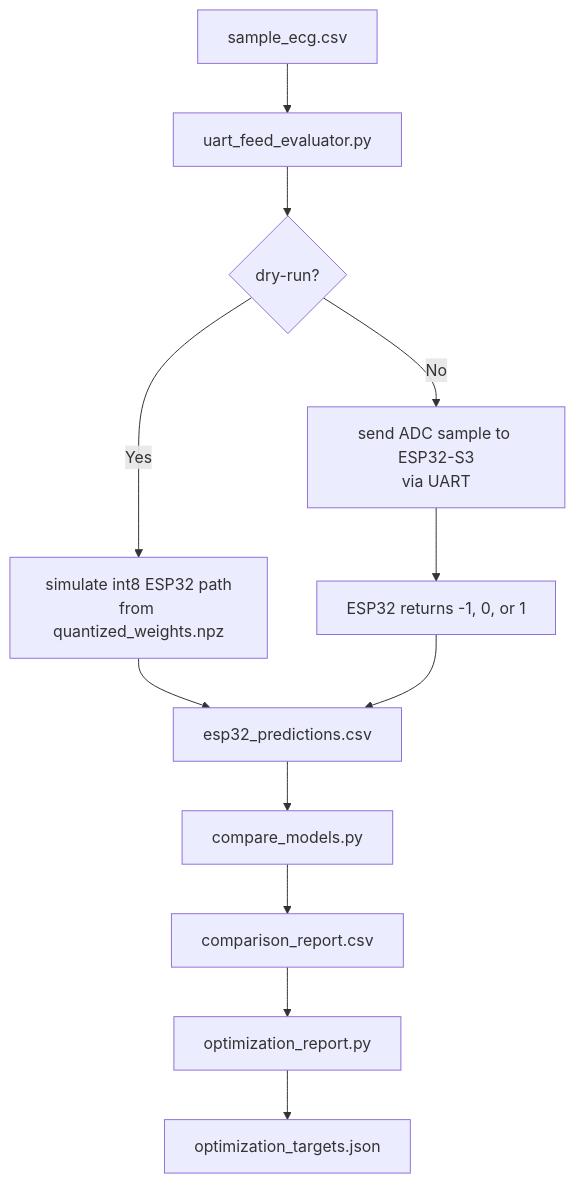
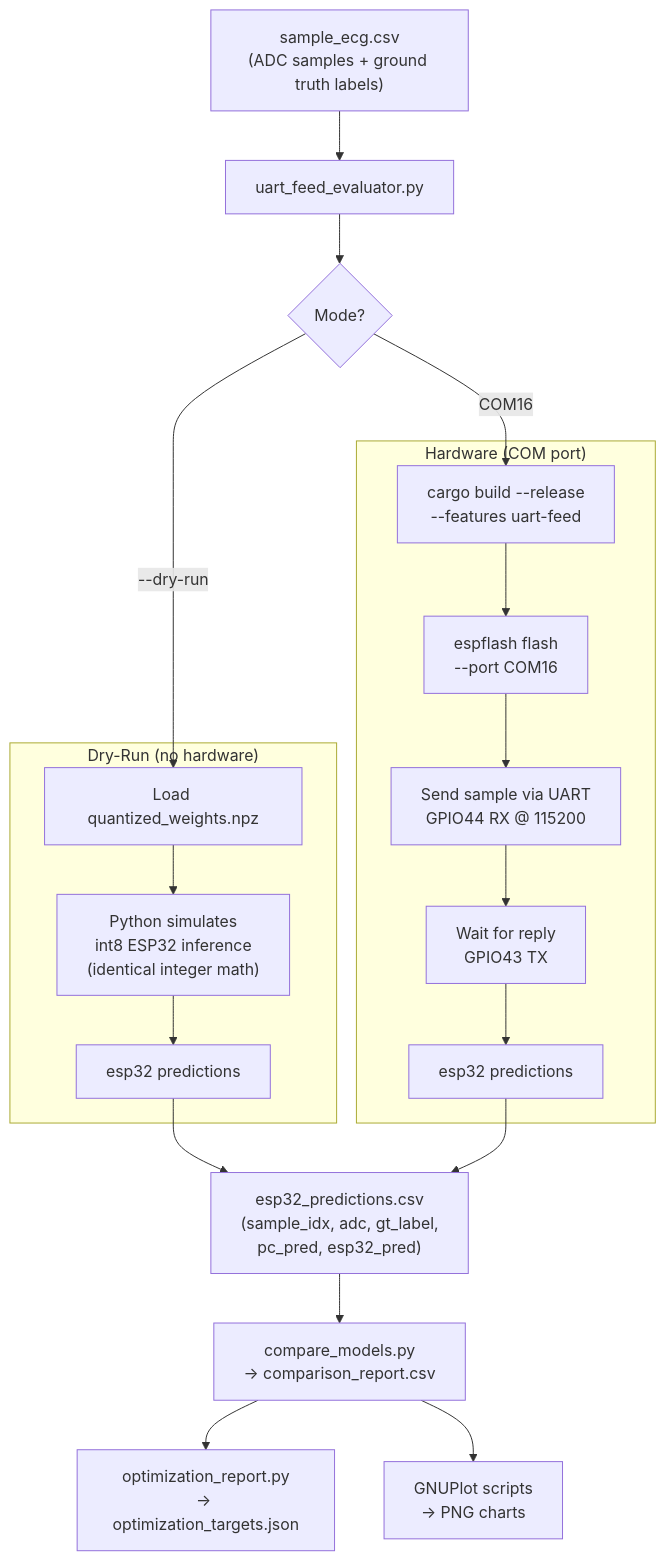
One commit to Adji-SP/RT-QTinyECG-ESP32-Rust changed the fifth of 10 diagrams in Product/docs/flowchart.md. Above: the diagram before and after it, drawn with Mermaid. The commit also changed other lines of this file and 9 other files, not shown here.

````diff
--- a/Product/docs/flowchart.md
+++ b/Product/docs/flowchart.md
@@ -54,14 +162,32 @@
 ```mermaid
 flowchart TD
-    A["sample_ecg.csv"] --> B["uart_feed_evaluator.py"]
-    B --> C{"dry-run?"}
-    C -->|"Yes"| D["simulate int8 ESP32 path\nfrom quantized_weights.npz"]
-    C -->|"No"| E["send ADC sample to ESP32-S3\nvia UART"]
-    E --> F["ESP32 returns -1, 0, or 1"]
-    D --> G["esp32_predictions.csv"]
-    F --> G
-    G --> H["compare_models.py"]
-    H --> I["comparison_report.csv"]
-    I --> J["optimization_report.py"]
-    J --> K["optimization_targets.json"]
+    CSV["sample_ecg.csv\n(ADC samples + ground truth labels)"]
+    EVAL["uart_feed_evaluator.py"]
+    MODE{"Mode?"}
+
+    subgraph DRY["Dry-Run (no hardware)"]
+        DR1["Load quantized_weights.npz"]
+        DR2["Python simulates\nint8 ESP32 inference\n(identical integer math)"]
+        DR3["esp32 predictions"]
+    end
+
+    subgraph HW["Hardware (COM port)"]
+        HW1["cargo build --release\n--features uart-feed"]
+        HW2["espflash flash\n--port COM16"]
+        HW3["Send sample via UART\nGPIO44 RX @ 115200"]
+        HW4["Wait for reply\nGPIO43 TX"]
+        HW5["esp32 predictions"]
+    end
+
+    OUT["esp32_predictions.csv\n(sample_idx, adc, gt_label,\npc_pred, esp32_pred)"]
+    COMP["compare_models.py\n→ comparison_report.csv"]
+    OPT["optimization_report.py\n→ optimization_targets.json"]
+    PLOTS["GNUPlot scripts\n→ PNG charts"]
+
+    CSV --> EVAL
+    EVAL --> MODE
+    MODE -->|"--dry-run"| DR1 --> DR2 --> DR3 --> OUT
+    MODE -->|"COM16"| HW1 --> HW2 --> HW3 --> HW4 --> HW5 --> OUT
+    OUT --> COMP --> OPT
+    COMP --> PLOTS
 ```
````
